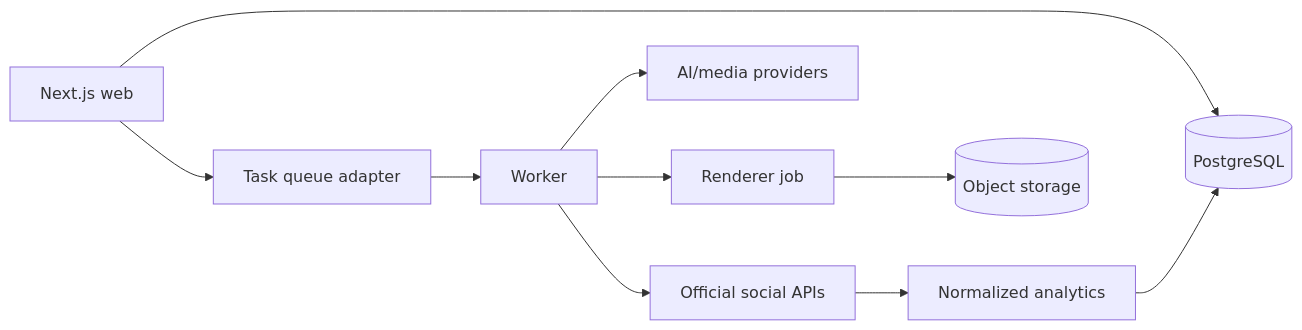
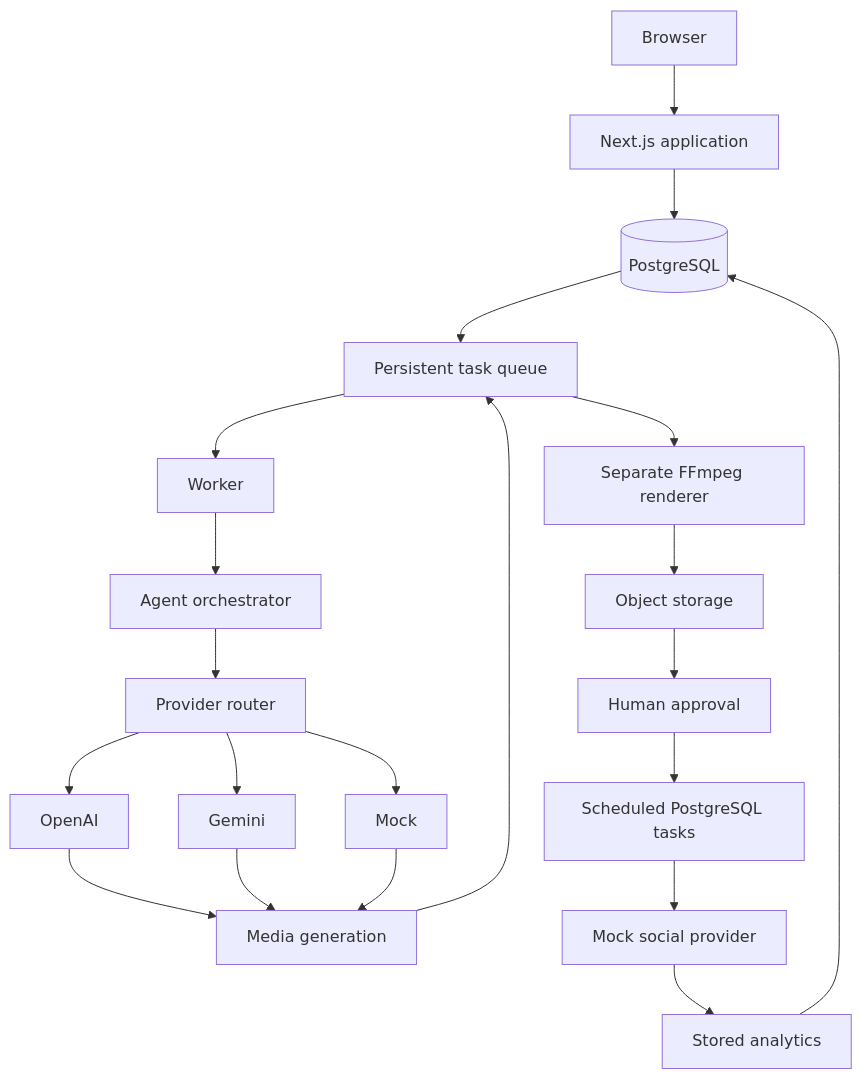
The first of 2 diagrams in README.md (darunr1/Agentic-Media-Generation-Platform), drawn with Mermaid before and after one commit. The commit also changed other lines of this file and 121 other files, not shown here.

````diff
--- a/README.md
+++ b/README.md
@@ -5,12 +9,23 @@
 ```mermaid
-flowchart LR
-  U[Next.js web] --> DB[(PostgreSQL)]
-  U --> Q[Task queue adapter]
-  Q --> W[Worker]
-  W --> AI[AI/media providers]
-  W --> R[Renderer job]
-  R --> S[(Object storage)]
-  W --> P[Official social APIs]
-  P --> A[Normalized analytics]
-  A --> DB
+flowchart TD
+  Browser --> Web[Next.js application]
+  Web --> DB[(PostgreSQL)]
+  DB --> Q[Persistent task queue]
+  Q --> Worker
+  Worker --> Agents[Agent orchestrator]
+  Agents --> Router[Provider router]
+  Router --> OpenAI
+  Router --> Gemini
+  Router --> Mock
+  OpenAI --> Media[Media generation]
+  Gemini --> Media
+  Mock --> Media
+  Media --> Q
+  Q --> Renderer[Separate FFmpeg renderer]
+  Renderer --> Storage[Object storage]
+  Storage --> Review[Human approval]
+  Review --> Scheduler[Scheduled PostgreSQL tasks]
+  Scheduler --> Social[Mock social provider]
+  Social --> Analytics[Stored analytics]
+  Analytics --> DB
 ```
````
